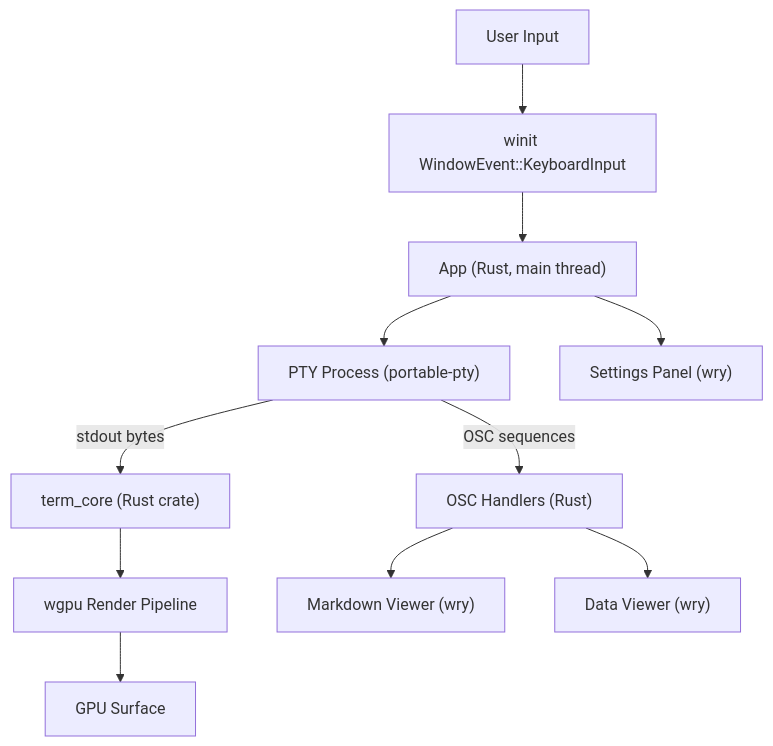
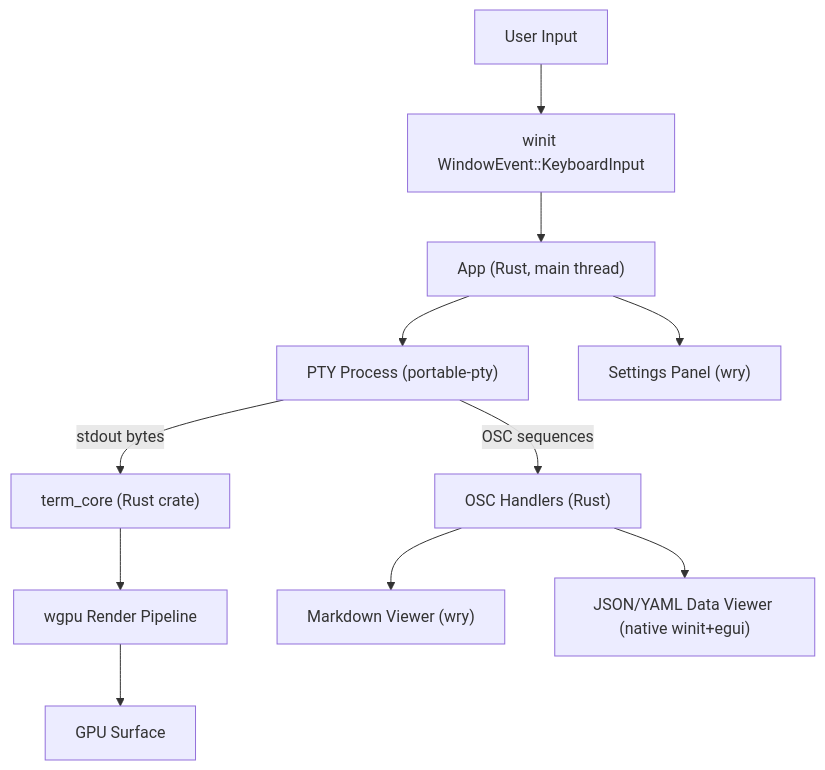
Before and after one commit to m-m-n/emterm: the first of 2 diagrams in doc/SPECIFICATION.md, drawn with Mermaid. The commit also changed other lines of this file and 2 other files, not shown here.

````diff
--- a/doc/SPECIFICATION.md
+++ b/doc/SPECIFICATION.md
@@ -15,16 +15,16 @@
 ```mermaid
 graph TD
     User["User Input"] --> WinitEvent["winit WindowEvent::KeyboardInput"]
     WinitEvent --> App["App (Rust, main thread)"]
     App --> PTY["PTY Process (portable-pty)"]
 
     PTY -- "stdout bytes" --> TermCore["term_core (Rust crate)"]
     TermCore --> Render["wgpu Render Pipeline"]
     Render --> Display["GPU Surface"]
 
     PTY -- "OSC sequences" --> OscHandlers["OSC Handlers (Rust)"]
     OscHandlers --> MarkdownViewer["Markdown Viewer (wry)"]
-    OscHandlers --> DataViewer["Data Viewer (wry)"]
+    OscHandlers --> DataViewer["JSON/YAML Data Viewer (native winit+egui)"]
 
     App --> Settings["Settings Panel (wry)"]
 ```
````
